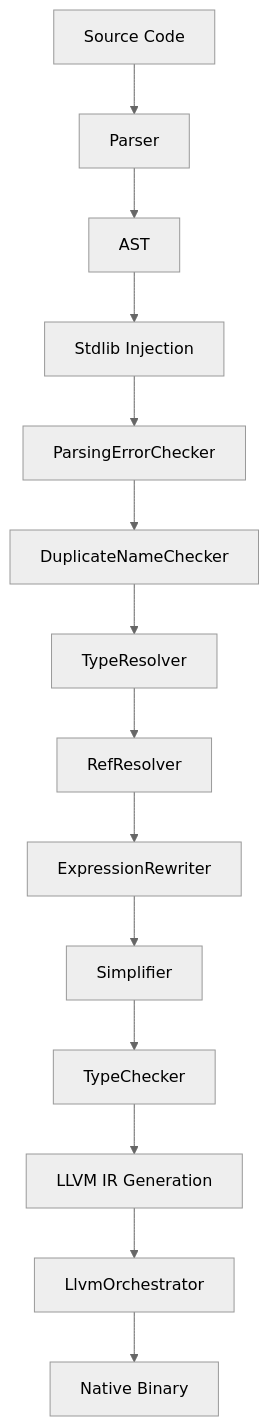
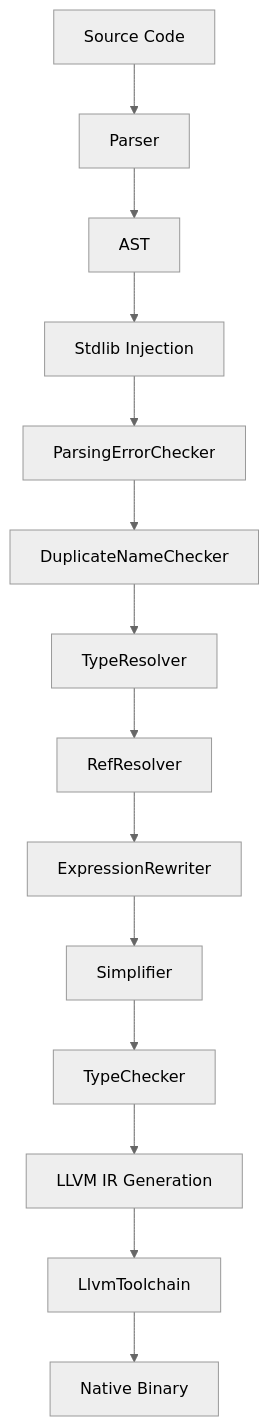
One commit to fedesilva/minnieml changed the diagram in docs/design/compiler-design.md. Above: the diagram before and after it, drawn with Mermaid (neutral theme). The commit also changed other lines of this file and 285 other files, not shown here.

````diff
--- a/docs/design/compiler-design.md
+++ b/docs/design/compiler-design.md
@@ -511,16 +588,16 @@
 ```mermaid
 flowchart TD
     Source[Source Code] --> Parser[Parser]
     Parser --> AST[AST]
     AST --> Inject[Stdlib Injection]
     Inject --> PEC[ParsingErrorChecker]
     PEC --> DNC[DuplicateNameChecker]
     DNC --> TR[TypeResolver]
     TR --> RR[RefResolver]
     RR --> ER[ExpressionRewriter]
     ER --> S[Simplifier]
     S --> TC[TypeChecker]
     TC --> CG[LLVM IR Generation]
-    CG --> LO[LlvmOrchestrator]
+    CG --> LO[LlvmToolchain]
     LO --> Binary[Native Binary]
 ```
````
